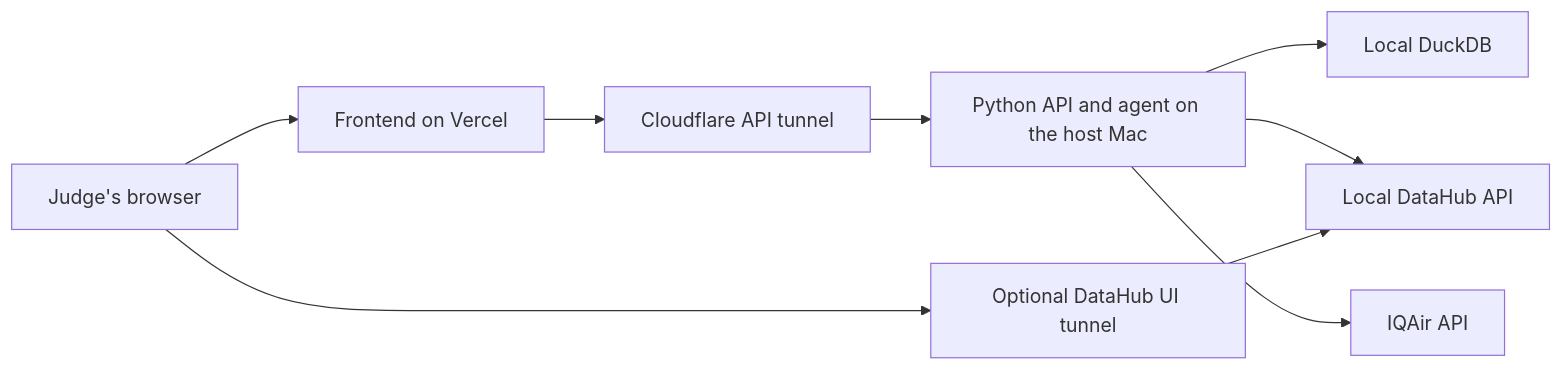
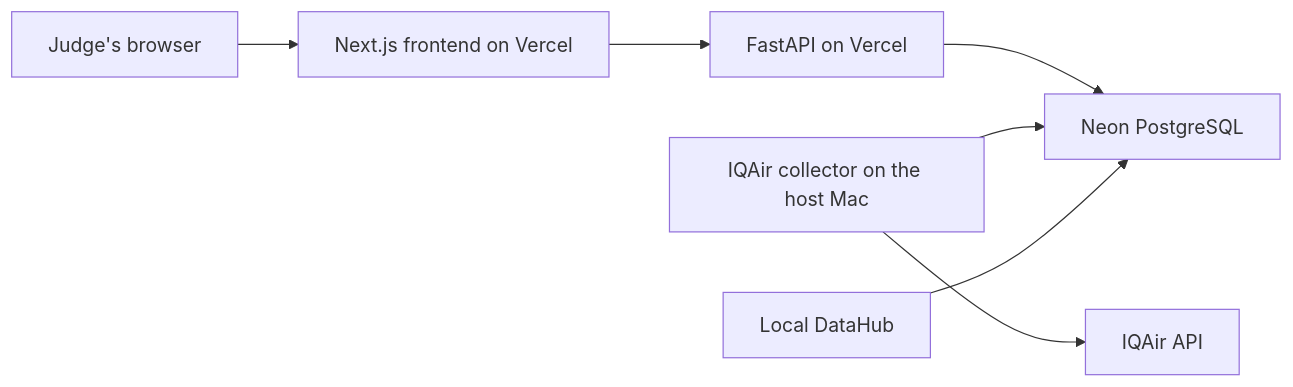
Before and after one commit to lhnminh/air-quality-data-hub: the diagram in DEPLOYMENT.md, drawn with Mermaid. The commit also changed other lines of this file and 5 other files, not shown here.

Commit message:
Migrate demo deployment from DuckDB to Neon PostgreSQL

````diff
--- a/DEPLOYMENT.md
+++ b/DEPLOYMENT.md
@@ -13,11 +13,9 @@
 ```mermaid
 flowchart LR
-    J["Judge's browser"] --> V["Frontend on Vercel"]
-    V --> T["Cloudflare API tunnel"]
-    T --> A["Python API and agent on the host Mac"]
-    A --> D["Local DuckDB"]
-    A --> H["Local DataHub API"]
-    A --> I["IQAir API"]
-    J --> U["Optional DataHub UI tunnel"]
-    U --> H
+    J["Judge's browser"] --> F["Next.js frontend on Vercel"]
+    F --> A["FastAPI on Vercel"]
+    A --> P["Neon PostgreSQL"]
+    C["IQAir collector on the host Mac"] --> I["IQAir API"]
+    C --> P
+    D["Local DataHub"] --> P
 ```
````
